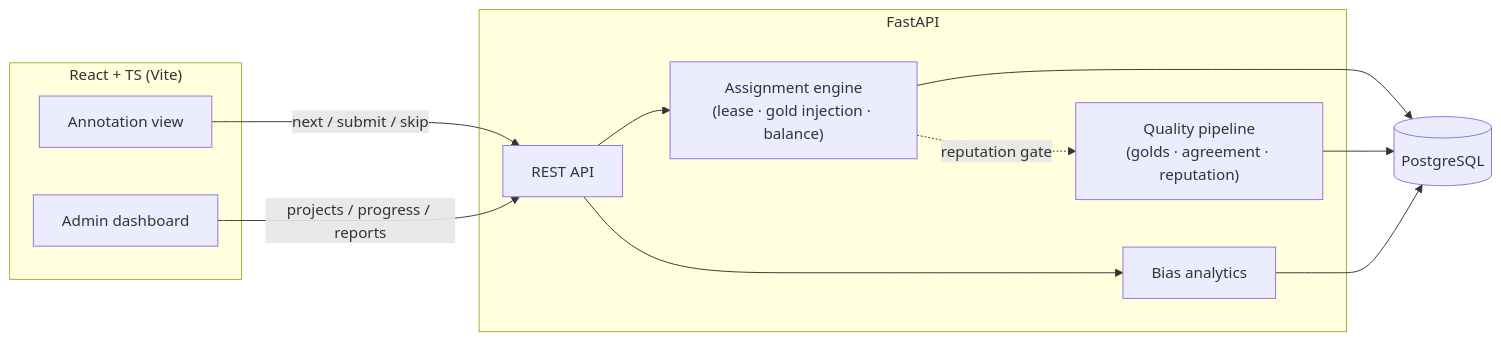
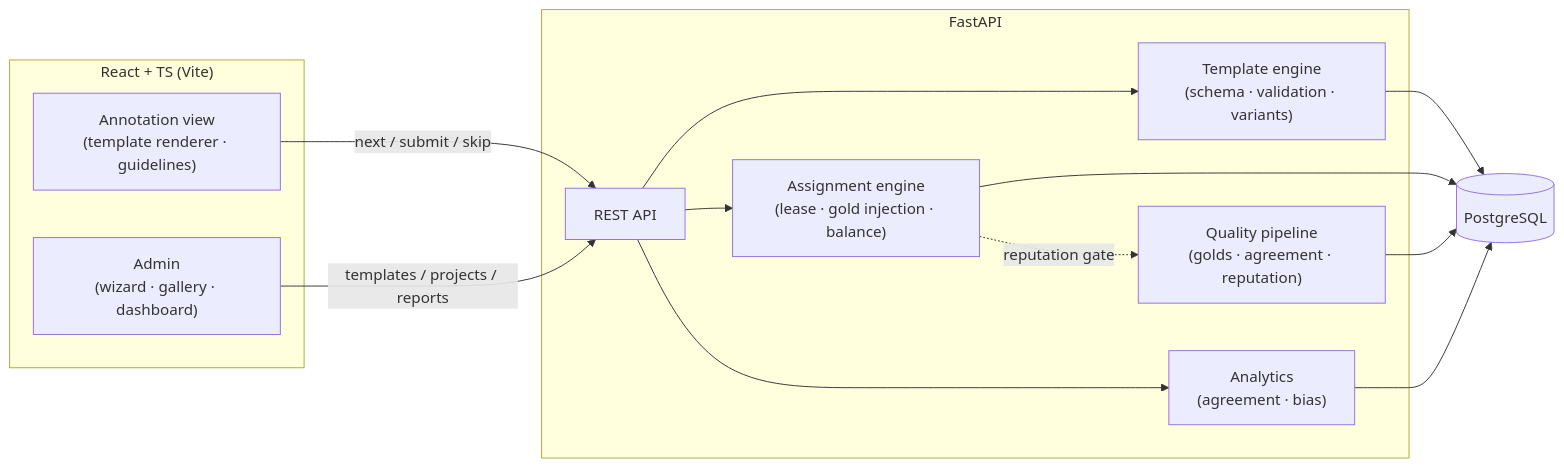
Before and after one commit to aniaisec/minilp: the diagram in README.md, drawn with Mermaid. The commit also changed other lines of this file and 3 other files, not shown here.

````diff
--- a/README.md
+++ b/README.md
@@ -18,25 +19,28 @@
 ```mermaid
 flowchart LR
     subgraph Frontend["React + TS (Vite)"]
-        AV[Annotation view]
-        AD[Admin dashboard]
+        AV["Annotation view\n(template renderer · guidelines)"]
+        AD["Admin\n(wizard · gallery · dashboard)"]
     end
 
     subgraph Backend["FastAPI"]
         API[REST API]
+        TPL["Template engine\n(schema · validation · variants)"]
         ASSIGN["Assignment engine\n(lease · gold injection · balance)"]
         QUAL["Quality pipeline\n(golds · agreement · reputation)"]
-        ANALYTICS["Bias analytics"]
+        ANALYTICS["Analytics\n(agreement · bias)"]
     end
 
     DB[(PostgreSQL)]
 
     AV -->|"next / submit / skip"| API
-    AD -->|"projects / progress / reports"| API
+    AD -->|"templates / projects / reports"| API
+    API --> TPL
     API --> ASSIGN
     API --> ANALYTICS
+    TPL --> DB
     ASSIGN --> DB
     QUAL --> DB
     ANALYTICS --> DB
     ASSIGN -.->|"reputation gate"| QUAL
 ```
````
